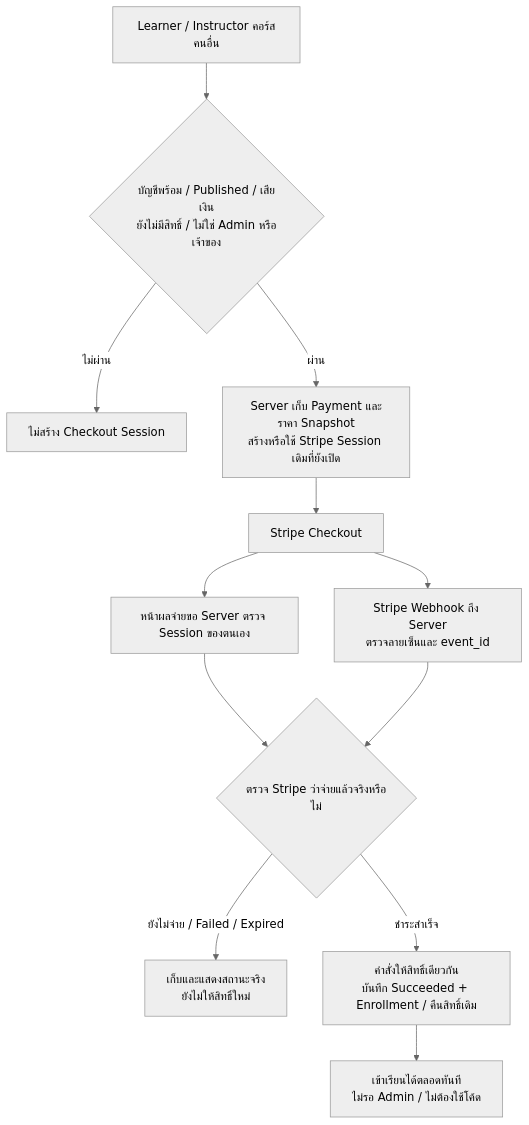
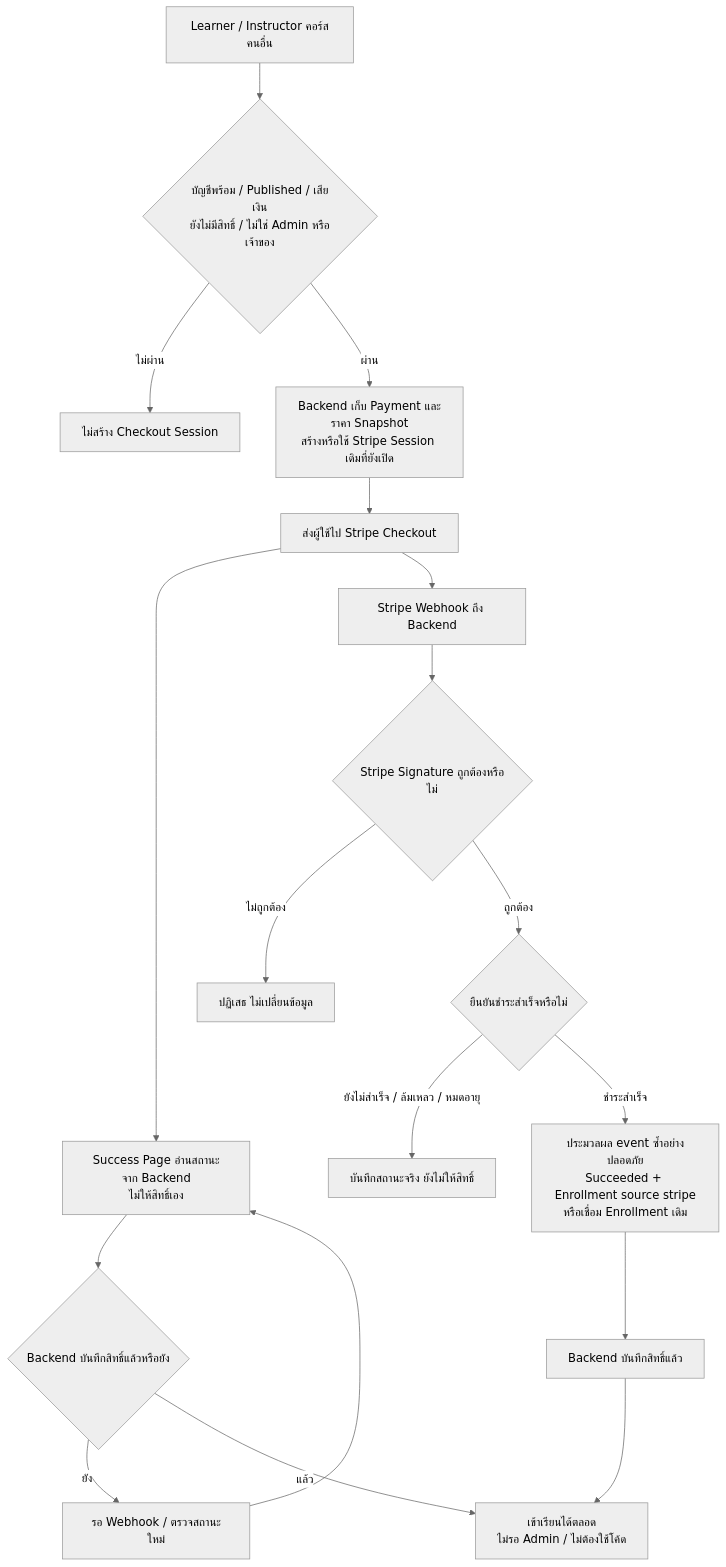
The ninth of 11 diagrams in docs/MELEARN_V1_SCOPE.md (natthawat141/meleran-ux-ui-2026), drawn with Mermaid (neutral theme) before and after one commit. The commit also changed other lines of this file and 15 other files, not shown here.

Commit message:
feat: prepare webhook-only Stripe checkout frontend

````diff
--- a/docs/MELEARN_V1_SCOPE.md
+++ b/docs/MELEARN_V1_SCOPE.md
@@ -911,14 +921,20 @@
 ```mermaid
 flowchart TD
     PAY_USER["Learner / Instructor คอร์สคนอื่น"] --> PAY_CHECK{"บัญชีพร้อม / Published / เสียเงิน<br/>ยังไม่มีสิทธิ์ / ไม่ใช่ Admin หรือเจ้าของ"}
     PAY_CHECK -->|ไม่ผ่าน| PAY_DENY["ไม่สร้าง Checkout Session"]
-    PAY_CHECK -->|ผ่าน| PAY_CREATE["Server เก็บ Payment และราคา Snapshot<br/>สร้างหรือใช้ Stripe Session เดิมที่ยังเปิด"]
-    PAY_CREATE --> PAY_STRIPE["Stripe Checkout"]
-    PAY_STRIPE --> PAY_RETURN["หน้าผลจ่ายขอ Server ตรวจ Session ของตนเอง"]
-    PAY_STRIPE --> PAY_WEBHOOK["Stripe Webhook ถึง Server<br/>ตรวจลายเซ็นและ event_id"]
-    PAY_RETURN --> PAY_VERIFY{"ตรวจ Stripe ว่าจ่ายแล้วจริงหรือไม่"}
-    PAY_WEBHOOK --> PAY_VERIFY
-    PAY_VERIFY -->|ยังไม่จ่าย / Failed / Expired| PAY_STATUS["เก็บและแสดงสถานะจริง<br/>ยังไม่ให้สิทธิ์ใหม่"]
-    PAY_VERIFY -->|ชำระสำเร็จ| PAY_GRANT["คำสั่งให้สิทธิ์เดียวกัน<br/>บันทึก Succeeded + Enrollment / คืนสิทธิ์เดิม"]
-    PAY_GRANT --> PAY_LEARN["เข้าเรียนได้ตลอดทันที<br/>ไม่รอ Admin / ไม่ต้องใช้โค้ด"]
+    PAY_CHECK -->|ผ่าน| PAY_CREATE["Backend เก็บ Payment และราคา Snapshot<br/>สร้างหรือใช้ Stripe Session เดิมที่ยังเปิด"]
+    PAY_CREATE --> PAY_STRIPE["ส่งผู้ใช้ไป Stripe Checkout"]
+    PAY_STRIPE --> PAY_RETURN["Success Page อ่านสถานะจาก Backend<br/>ไม่ให้สิทธิ์เอง"]
+    PAY_STRIPE --> PAY_WEBHOOK["Stripe Webhook ถึง Backend"]
+    PAY_WEBHOOK --> PAY_SIGNATURE{"Stripe Signature ถูกต้องหรือไม่"}
+    PAY_SIGNATURE -->|ไม่ถูกต้อง| PAY_REJECT["ปฏิเสธ ไม่เปลี่ยนข้อมูล"]
+    PAY_SIGNATURE -->|ถูกต้อง| PAY_VERIFY{"ยืนยันชำระสำเร็จหรือไม่"}
+    PAY_VERIFY -->|ยังไม่สำเร็จ / ล้มเหลว / หมดอายุ| PAY_STATUS["บันทึกสถานะจริง ยังไม่ให้สิทธิ์"]
+    PAY_VERIFY -->|ชำระสำเร็จ| PAY_GRANT["ประมวลผล event ซ้ำอย่างปลอดภัย<br/>Succeeded + Enrollment source stripe<br/>หรือเชื่อม Enrollment เดิม"]
+    PAY_GRANT --> PAY_STORED["Backend บันทึกสิทธิ์แล้ว"]
+    PAY_RETURN --> PAY_READ{"Backend บันทึกสิทธิ์แล้วหรือยัง"}
+    PAY_READ -->|ยัง| PAY_WAIT["รอ Webhook / ตรวจสถานะใหม่"]
+    PAY_WAIT --> PAY_RETURN
+    PAY_READ -->|แล้ว| PAY_LEARN["เข้าเรียนได้ตลอด<br/>ไม่รอ Admin / ไม่ต้องใช้โค้ด"]
+    PAY_STORED --> PAY_LEARN
 ```
````
